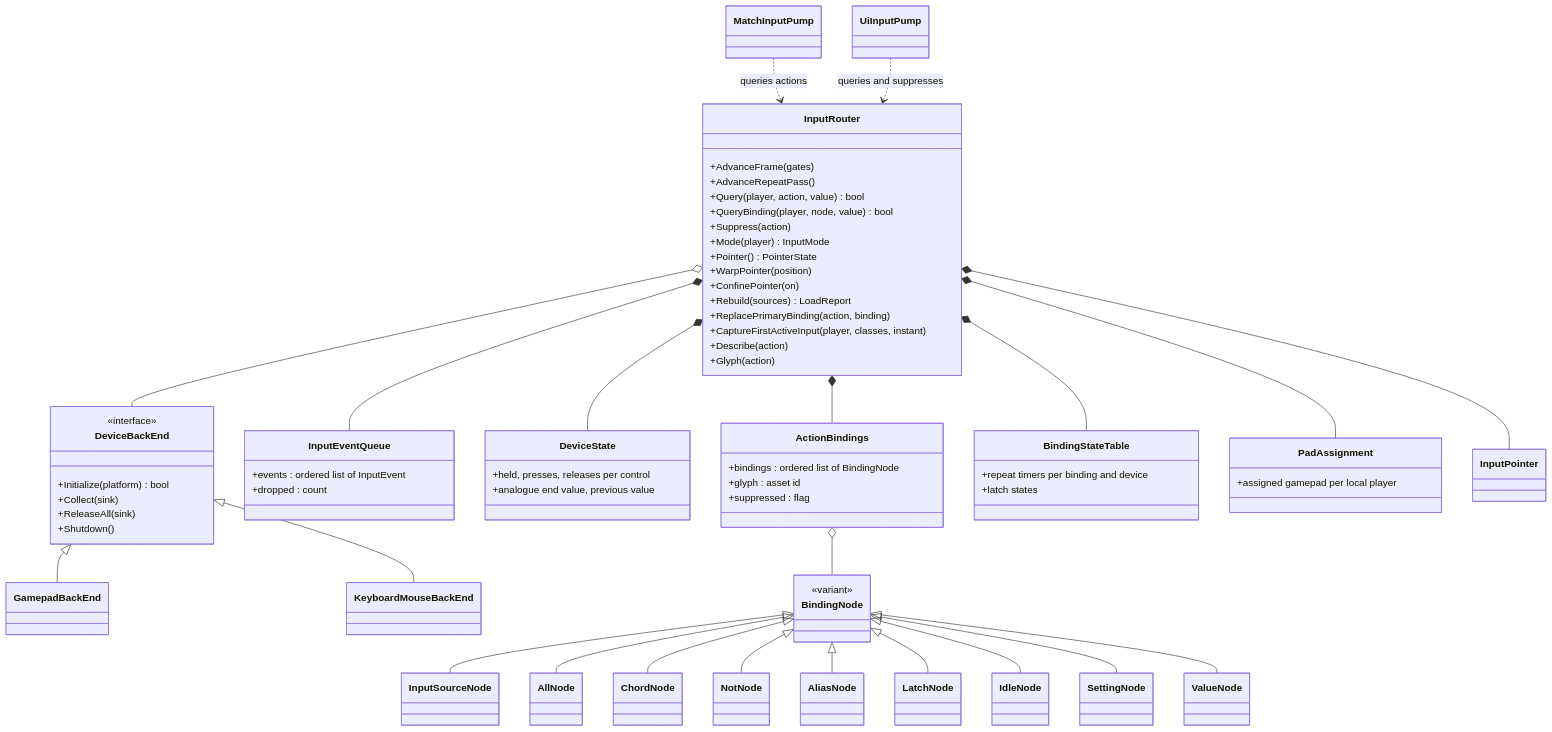
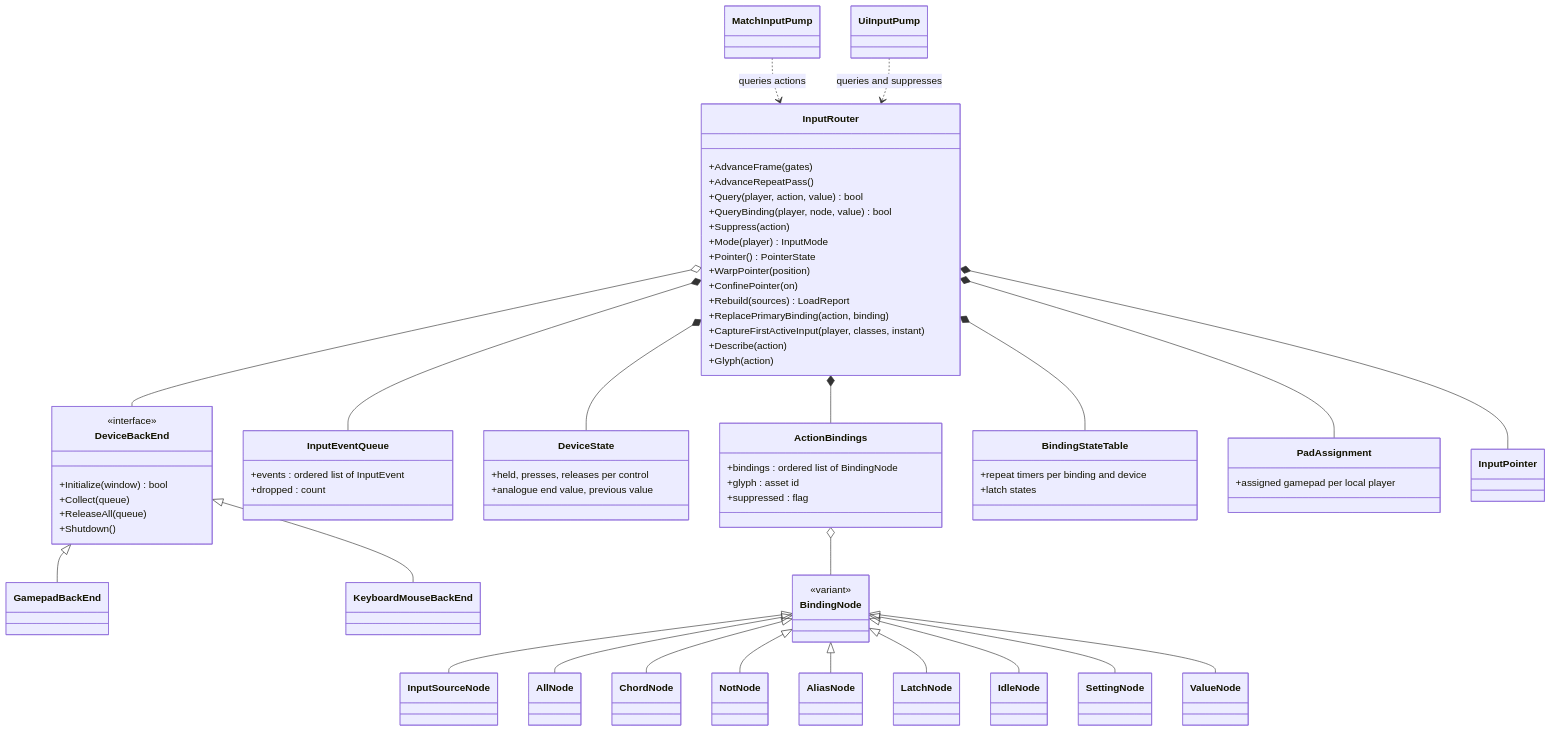
Before and after one commit to Zwaliebaba/Species.AI: the diagram in design_next/architecture/components/input/README.md, drawn with Mermaid. The commit also changed other lines of this file and 80 other files, not shown here.

```diff
--- a/design_next/architecture/components/input/README.md
+++ b/design_next/architecture/components/input/README.md
@@ -370,9 +374,9 @@
   }
   class DeviceBackEnd {
     <<interface>>
-    +Initialize(platform) bool
-    +Collect(sink)
-    +ReleaseAll(sink)
+    +Initialize(window) bool
+    +Collect(queue)
+    +ReleaseAll(queue)
     +Shutdown()
   }
   class GamepadBackEnd
```
